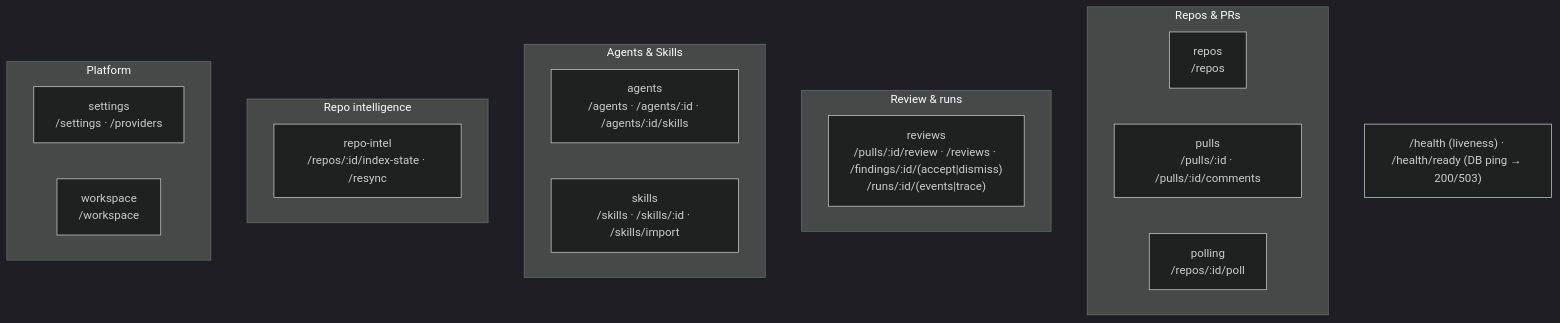
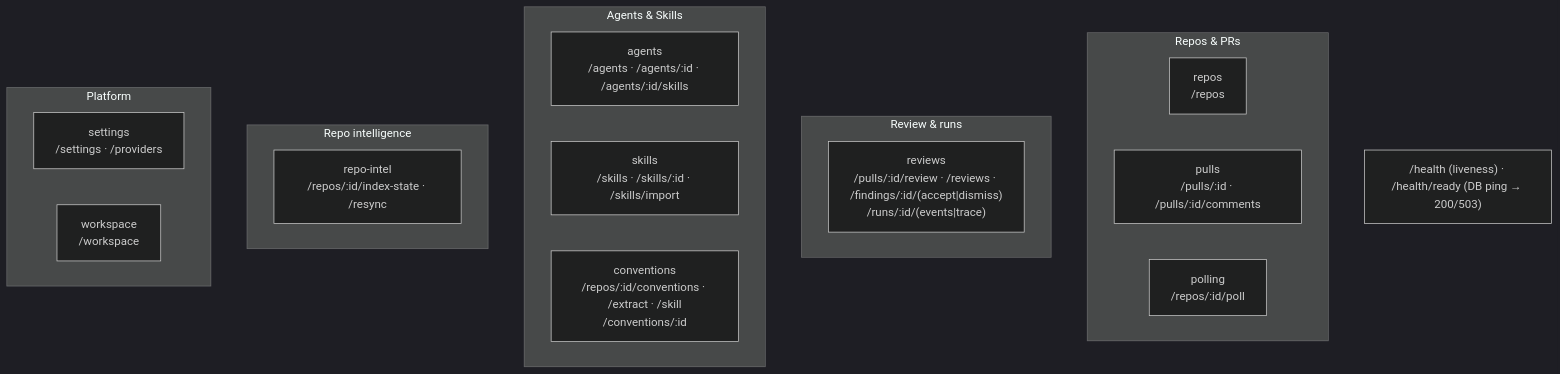
One commit to meandor-ua/dev-digest changed the second of 2 diagrams in server/README.md. Above: the diagram before and after it, drawn with Mermaid (dark theme). The commit also changed 65 other files, not shown here.

````diff
--- a/server/README.md
+++ b/server/README.md
@@ -64,23 +64,24 @@
 ```mermaid
 flowchart TB
   subgraph Repos_PRs["Repos & PRs"]
     repos["repos<br/>/repos"]
     pulls["pulls<br/>/pulls/:id · /pulls/:id/comments"]
     polling["polling<br/>/repos/:id/poll"]
   end
   subgraph Review["Review & runs"]
     reviews["reviews<br/>/pulls/:id/review · /reviews · /findings/:id/(accept|dismiss)<br/>/runs/:id/(events|trace)"]
   end
   subgraph Agents["Agents & Skills"]
     agents["agents<br/>/agents · /agents/:id · /agents/:id/skills"]
     skills["skills<br/>/skills · /skills/:id · /skills/import"]
+    conventions["conventions<br/>/repos/:id/conventions · /extract · /skill<br/>/conventions/:id"]
   end
   subgraph Intel["Repo intelligence"]
     repoIntel["repo-intel<br/>/repos/:id/index-state · /resync"]
   end
   subgraph Platform["Platform"]
     settings["settings<br/>/settings · /providers"]
     workspace["workspace<br/>/workspace"]
   end
   HEALTH["/health (liveness) · /health/ready (DB ping → 200/503)"]
 ```
````
